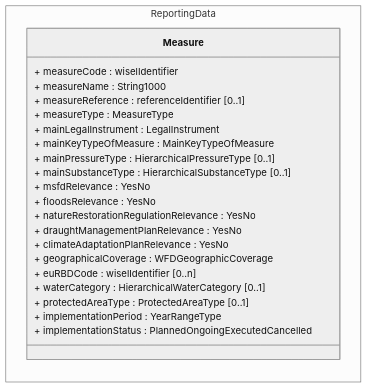
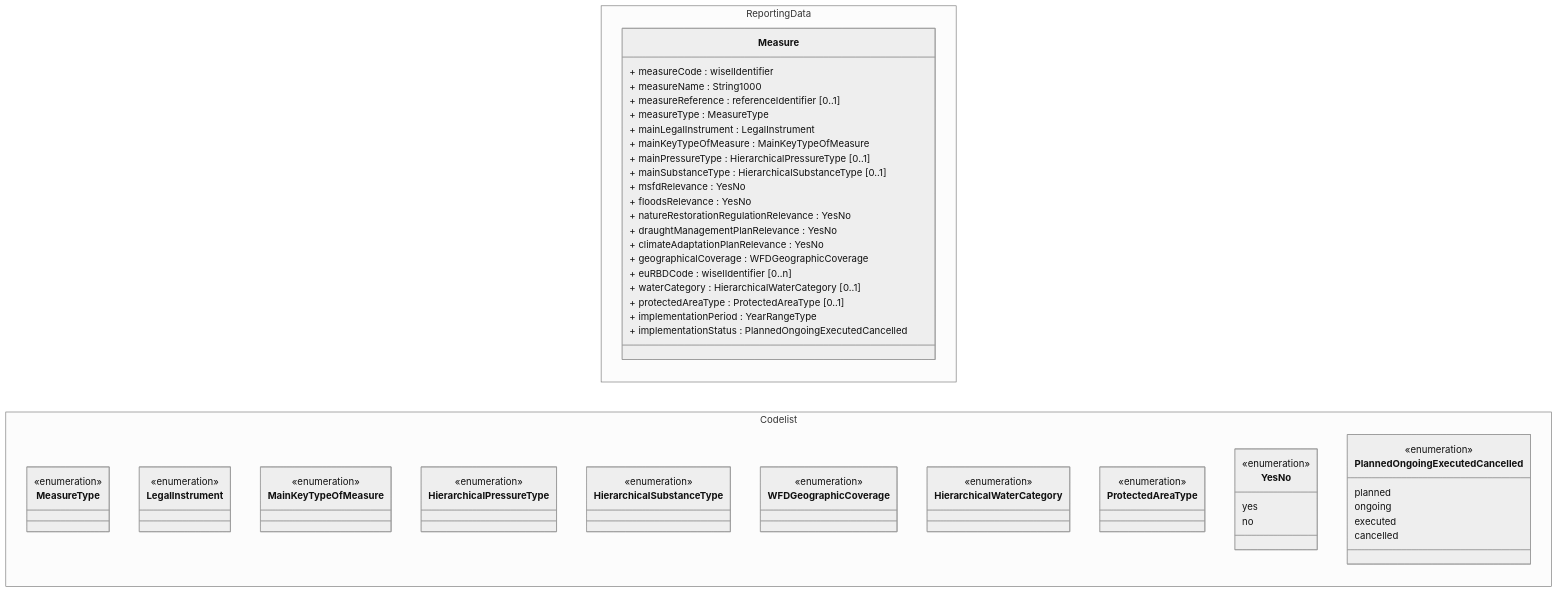
The diagram in docs/DataModelReview/mmd/Measures_Measure_4thCycle_ClassDiagram.mmd (eeadata/WISE.WFD.Documentation), drawn with Mermaid before and after one commit. The commit also changed 4 other files, not shown here.

```diff
--- a/docs/DataModelReview/mmd/Measures_Measure_4thCycle_ClassDiagram.mmd
+++ b/docs/DataModelReview/mmd/Measures_Measure_4thCycle_ClassDiagram.mmd
@@ -1,31 +1,69 @@
 %%{init : {'theme' : 'neutral'}}%%
 classDiagram
 direction LR
 namespace ReportingData{
 class Measure {
  + measureCode : wiselIdentifier
  + measureName : String1000
  + measureReference : referenceIdentifier [0..1]
 
  + measureType : MeasureType 
  + mainLegalInstrument : LegalInstrument
  + mainKeyTypeOfMeasure : MainKeyTypeOfMeasure
 
  + mainPressureType : HierarchicalPressureType [0..1]
  + mainSubstanceType : HierarchicalSubstanceType [0..1]
 
  + msfdRelevance : YesNo
  + floodsRelevance : YesNo
  + natureRestorationRegulationRelevance : YesNo
  + draughtManagementPlanRelevance : YesNo
  + climateAdaptationPlanRelevance : YesNo
 
  + geographicalCoverage : WFDGeographicCoverage
  + euRBDCode : wiselIdentifier [0..n]
  + waterCategory : HierarchicalWaterCategory [0..1]
  + protectedAreaType : ProtectedAreaType [0..1]
 
  + implementationPeriod : YearRangeType
  + implementationStatus : PlannedOngoingExecutedCancelled
 }
 }
+namespace Codelist{
+    class MeasureType{
+        <<enumeration>>
+    }
+    class LegalInstrument{
+        <<enumeration>>
+    }
+    class MainKeyTypeOfMeasure{
+        <<enumeration>>
+    }
+    class HierarchicalPressureType{
+        <<enumeration>>
+    }
+    class HierarchicalSubstanceType{
+        <<enumeration>>
+    }
+    class WFDGeographicCoverage{
+        <<enumeration>>
+    }
+    class HierarchicalWaterCategory{
+        <<enumeration>>
+    }
+    class ProtectedAreaType{
+        <<enumeration>>
+    }
+    class YesNo{
+        <<enumeration>>
+        yes
+        no
+    }
+    class PlannedOngoingExecutedCancelled{
+        <<enumeration>>
+        planned
+        ongoing
+        executed
+        cancelled
+    }
+}
```
